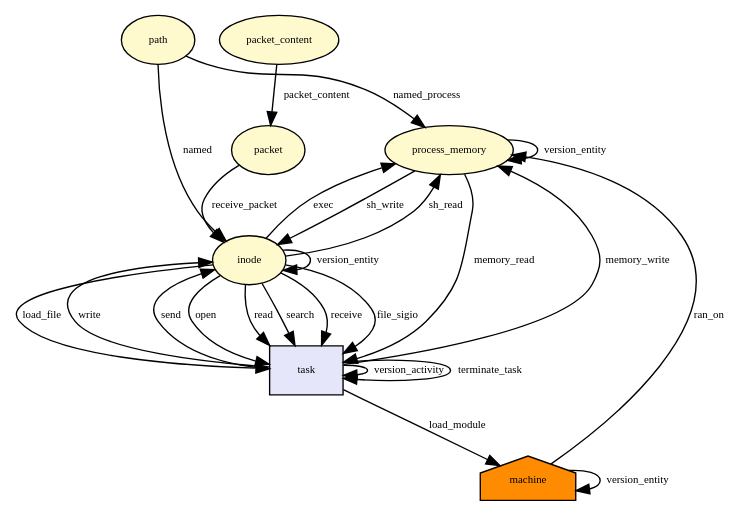
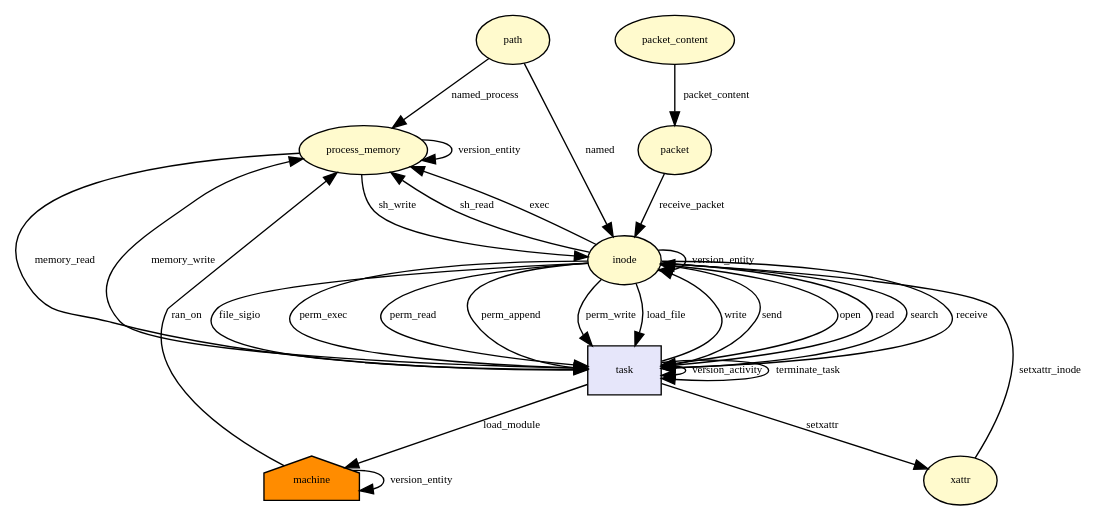
Before and after one commit to CamFlow/camflow-dev: the diagram in docs/dot/__x64_sys_finit_module.dot, drawn with Graphviz. The commit also changed 37 other files, not shown here.

```diff
--- a/docs/dot/__x64_sys_finit_module.dot
+++ b/docs/dot/__x64_sys_finit_module.dot
@@ -1,63 +1,77 @@
 digraph RGL__DirectedAdjacencyGraph {path[fontsize = 8,label = path,shape = ellipse, fillcolor="#fffacd", style = filled]
 
 process_memory[fontsize = 8,label = process_memory,shape = ellipse, fillcolor="#fffacd", style = filled]
 
 path -> process_memory[fontsize = 8,label = named_process]
 
 machine[fontsize = 8,label = machine,shape = house, fillcolor="#ff8c00", style = filled]
 
 machine -> process_memory[fontsize = 8,label = ran_on]
 
 inode[fontsize = 8,label = inode,shape = ellipse, fillcolor="#fffacd", style = filled]
 
 path -> inode[fontsize = 8,label = named]
 
 task[fontsize = 8,label = task,shape = rectangle, fillcolor="#e6e6fa", style = filled]
 
 inode -> task[fontsize = 8,label = open]
 
 task -> process_memory[fontsize = 8,label = memory_write]
 
 task -> task[fontsize = 8,label = version_activity]
 
 process_memory -> process_memory[fontsize = 8,label = version_entity]
 
 process_memory -> inode[fontsize = 8,label = sh_write]
 
 inode -> inode[fontsize = 8,label = version_entity]
 
 process_memory -> task[fontsize = 8,label = memory_read]
 
 task -> inode[fontsize = 8,label = write]
 
 inode -> process_memory[fontsize = 8,label = sh_read]
 
 inode -> task[fontsize = 8,label = read]
 
 inode -> task[fontsize = 8,label = search]
 
 task -> inode[fontsize = 8,label = send]
 
 inode -> task[fontsize = 8,label = receive]
 
 inode -> process_memory[fontsize = 8,label = exec]
 
 inode -> task[fontsize = 8,label = file_sigio]
 
+inode -> task[fontsize = 8,label = perm_exec]
+
+inode -> task[fontsize = 8,label = perm_read]
+
+inode -> task[fontsize = 8,label = perm_append]
+
+inode -> task[fontsize = 8,label = perm_write]
+
+xattr[fontsize = 8,label = xattr,shape = ellipse, fillcolor="#fffacd", style = filled]
+
+task -> xattr[fontsize = 8,label = setxattr]
+
+xattr -> inode[fontsize = 8,label = setxattr_inode]
+
 inode -> task[fontsize = 8,label = load_file]
 
 task -> machine[fontsize = 8,label = load_module]
 
 machine -> machine[fontsize = 8,label = version_entity]
 
 packet_content[fontsize = 8,label = packet_content,shape = ellipse, fillcolor="#fffacd", style = filled]
 
 packet[fontsize = 8,label = packet,shape = ellipse, fillcolor="#fffacd", style = filled]
 
 packet_content -> packet[fontsize = 8,label = packet_content]
 
 packet -> inode[fontsize = 8,label = receive_packet]
 
 task -> task[fontsize = 8,label = terminate_task]
 
 }
```
